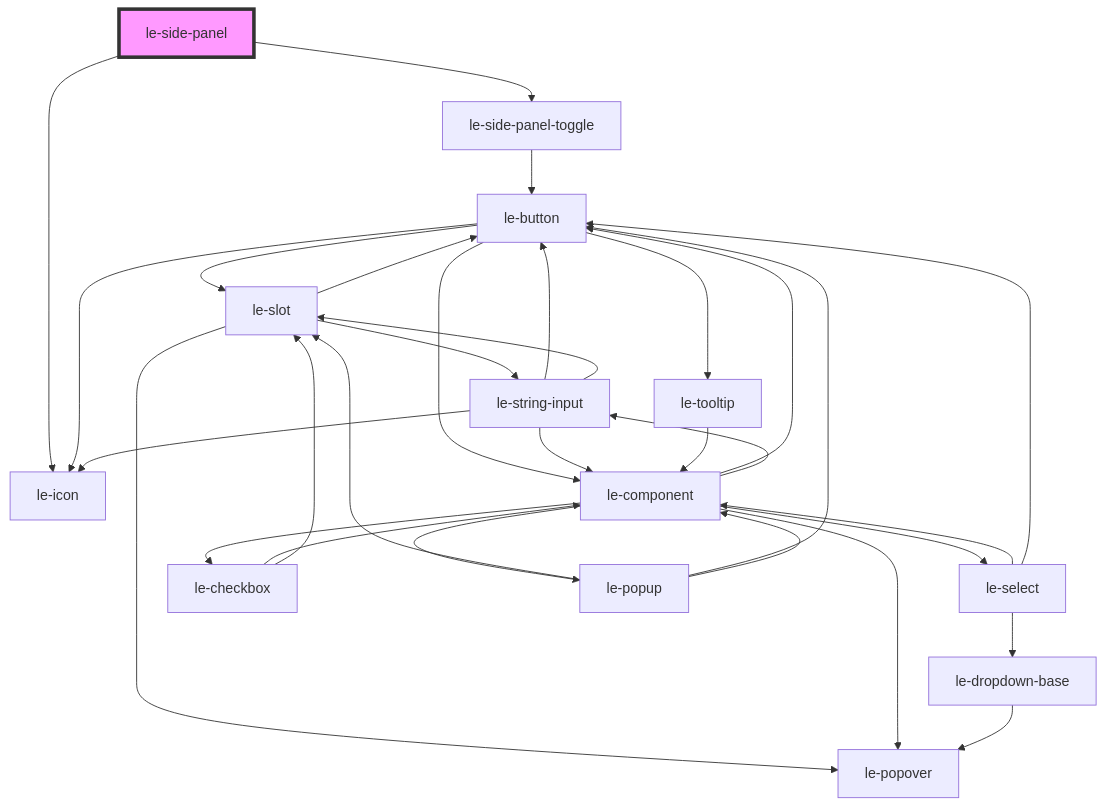
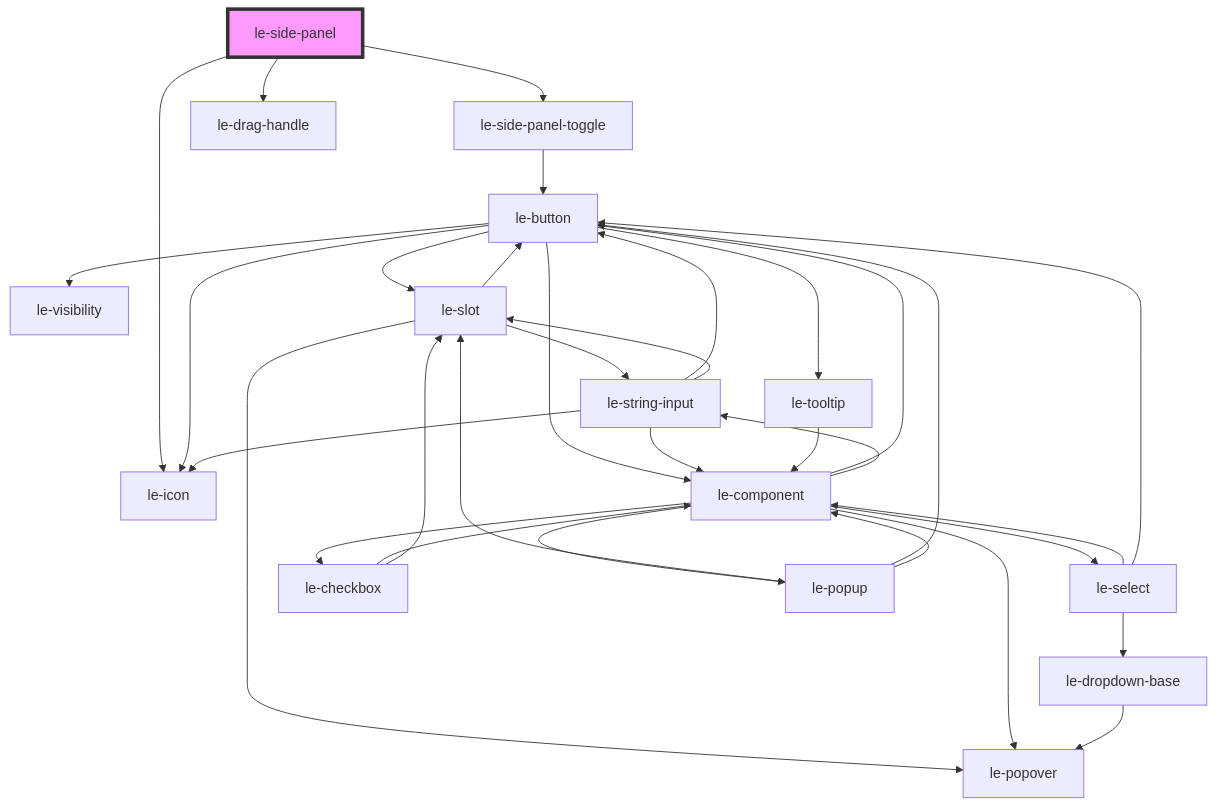
One commit to leechy/le-kit changed the diagram in packages/core/src/components/le-side-panel/readme.md. Above: the diagram before and after it, drawn with Mermaid. The commit also changed other lines of this file and 35 other files, not shown here.

````diff
--- a/packages/core/src/components/le-side-panel/readme.md
+++ b/packages/core/src/components/le-side-panel/readme.md
@@ -61,34 +65,36 @@
 ```mermaid
 graph TD;
   le-side-panel --> le-side-panel-toggle
   le-side-panel --> le-icon
+  le-side-panel --> le-drag-handle
   le-side-panel-toggle --> le-button
   le-button --> le-icon
+  le-button --> le-visibility
   le-button --> le-slot
   le-button --> le-component
   le-button --> le-tooltip
   le-slot --> le-popover
   le-slot --> le-button
   le-slot --> le-string-input
   le-string-input --> le-component
   le-string-input --> le-button
   le-string-input --> le-icon
   le-string-input --> le-slot
   le-component --> le-button
   le-component --> le-select
   le-component --> le-checkbox
   le-component --> le-string-input
   le-component --> le-popover
   le-component --> le-popup
   le-select --> le-component
   le-select --> le-dropdown-base
   le-select --> le-button
   le-dropdown-base --> le-popover
   le-checkbox --> le-component
   le-checkbox --> le-slot
   le-popup --> le-slot
   le-popup --> le-button
   le-popup --> le-component
   le-tooltip --> le-component
   style le-side-panel fill:#f9f,stroke:#333,stroke-width:4px
 ```
````
